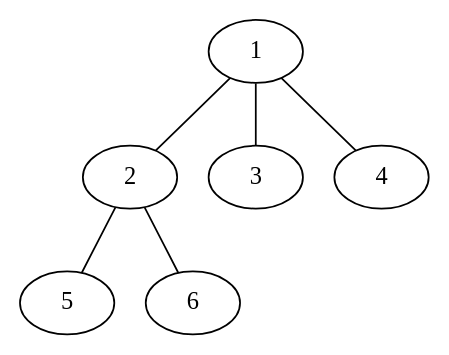
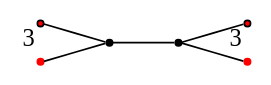
One commit to vendramin/subgroups changed the diagram in graph/modSL2_index6_5.dot. Above: the diagram before and after it, drawn with Graphviz. The commit also changed 73 other files, not shown here.

Commit message:
Graphs (up to index 10)

```diff
--- a/graph/modSL2_index6_5.dot
+++ b/graph/modSL2_index6_5.dot
@@ -1,7 +1,13 @@
 graph diagram {
+node [shape=point,color=black];
+rankdir = LR;
+subgraph subdiagram {
 1 -- 2;
-1 -- 3;
-1 -- 4;
-2 -- 5;
-2 -- 6;
 }
+{3,4} -- 1;
+2 -- {6,5};
+3 [fillcolor=red,xlabel=3];
+4 [color=red];
+5 [color=red];
+6 [fillcolor=red,xlabel=3];
+}
```
